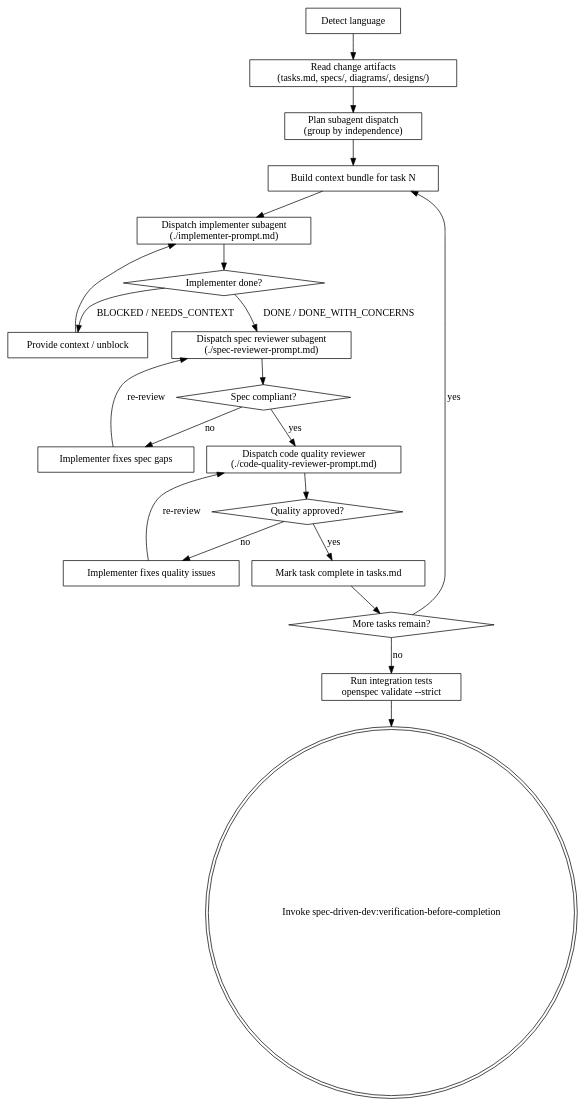
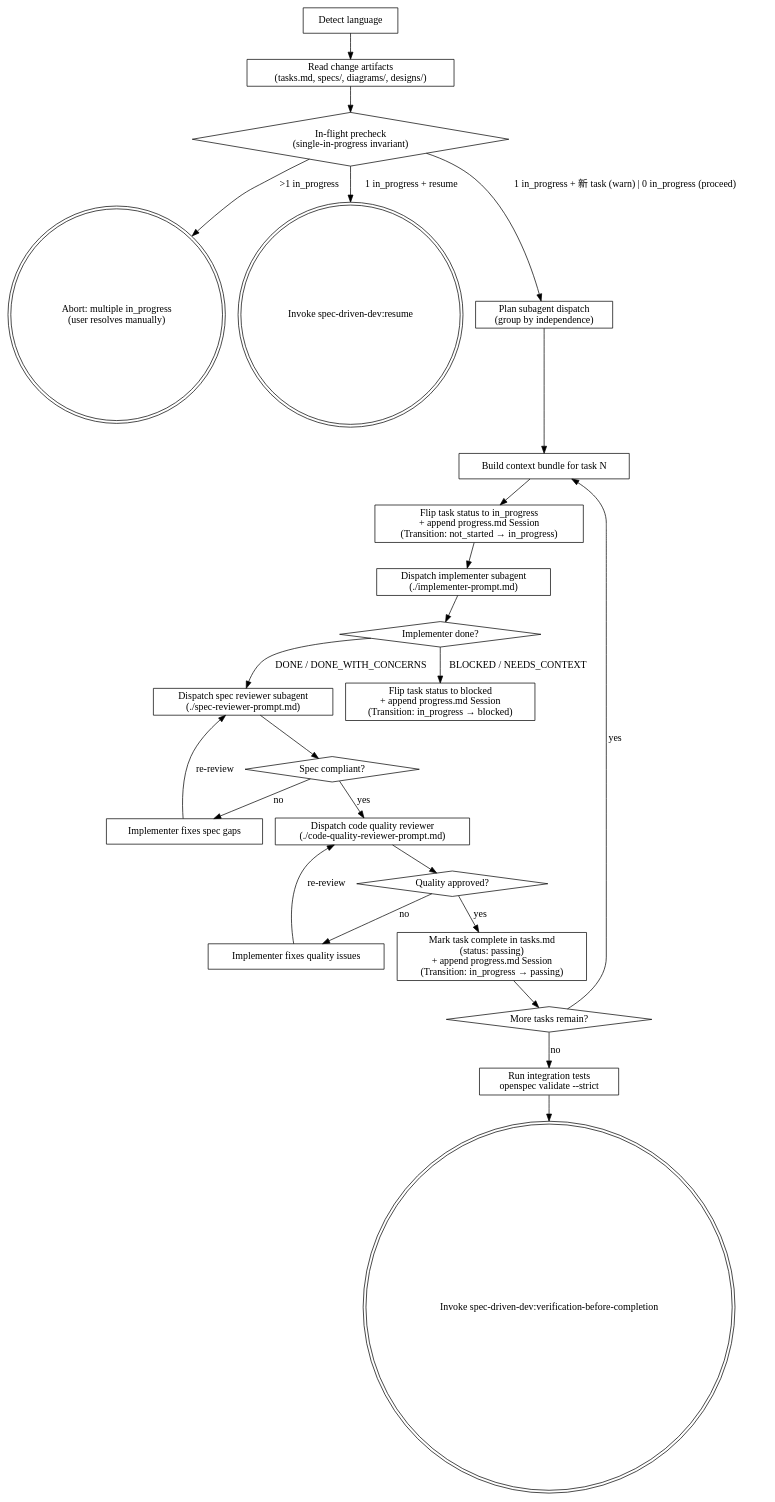
The diagram in plugins/spec-driven-dev/skills/subagent-driven-development/SKILL.md (BIBIOTA/yuki-marketplace), drawn with Graphviz before and after one commit. The commit also changed other lines of this file and 13 other files, not shown here.

Commit message:
feat: add cross-session resume harness

````diff
--- a/plugins/spec-driven-dev/skills/subagent-driven-development/SKILL.md
+++ b/plugins/spec-driven-dev/skills/subagent-driven-development/SKILL.md
@@ -47,44 +54,51 @@
 ```dot
 digraph subagent_driven_development {
     rankdir=TB;
 
     "Detect language" [shape=box];
     "Read change artifacts\n(tasks.md, specs/, diagrams/, designs/)" [shape=box];
+    "In-flight precheck\n(single-in-progress invariant)" [shape=diamond];
+    "Abort: multiple in_progress\n(user resolves manually)" [shape=doublecircle];
+    "Invoke spec-driven-dev:resume" [shape=doublecircle];
     "Plan subagent dispatch\n(group by independence)" [shape=box];
     "Build context bundle for task N" [shape=box];
+    "Flip task status to in_progress\n+ append progress.md Session\n(Transition: not_started → in_progress)" [shape=box];
     "Dispatch implementer subagent\n(./implementer-prompt.md)" [shape=box];
     "Implementer done?" [shape=diamond];
-    "Provide context / unblock" [shape=box];
+    "Flip task status to blocked\n+ append progress.md Session\n(Transition: in_progress → blocked)" [shape=box];
     "Dispatch spec reviewer subagent\n(./spec-reviewer-prompt.md)" [shape=box];
     "Spec compliant?" [shape=diamond];
     "Implementer fixes spec gaps" [shape=box];
     "Dispatch code quality reviewer\n(./code-quality-reviewer-prompt.md)" [shape=box];
     "Quality approved?" [shape=diamond];
     "Implementer fixes quality issues" [shape=box];
-    "Mark task complete in tasks.md" [shape=box];
+    "Mark task complete in tasks.md\n(status: passing)\n+ append progress.md Session\n(Transition: in_progress → passing)" [shape=box];
     "More tasks remain?" [shape=diamond];
     "Run integration tests\nopenspec validate --strict" [shape=box];
     "Invoke spec-driven-dev:verification-before-completion" [shape=doublecircle];
 
     "Detect language" -> "Read change artifacts\n(tasks.md, specs/, diagrams/, designs/)";
-    "Read change artifacts\n(tasks.md, specs/, diagrams/, designs/)" -> "Plan subagent dispatch\n(group by independence)";
+    "Read change artifacts\n(tasks.md, specs/, diagrams/, designs/)" -> "In-flight precheck\n(single-in-progress invariant)";
+    "In-flight precheck\n(single-in-progress invariant)" -> "Abort: multiple in_progress\n(user resolves manually)" [label=">1 in_progress"];
+    "In-flight precheck\n(single-in-progress invariant)" -> "Invoke spec-driven-dev:resume" [label="1 in_progress + resume"];
+    "In-flight precheck\n(single-in-progress invariant)" -> "Plan subagent dispatch\n(group by independence)" [label="1 in_progress + 新 task (warn) | 0 in_progress (proceed)"];
     "Plan subagent dispatch\n(group by independence)" -> "Build context bundle for task N";
-    "Build context bundle for task N" -> "Dispatch implementer subagent\n(./implementer-prompt.md)";
+    "Build context bundle for task N" -> "Flip task status to in_progress\n+ append progress.md Session\n(Transition: not_started → in_progress)";
+    "Flip task status to in_progress\n+ append progress.md Session\n(Transition: not_started → in_progress)" -> "Dispatch implementer subagent\n(./implementer-prompt.md)";
     "Dispatch implementer subagent\n(./implementer-prompt.md)" -> "Implementer done?";
-    "Implementer done?" -> "Provide context / unblock" [label="BLOCKED / NEEDS_CONTEXT"];
-    "Provide context / unblock" -> "Dispatch implementer subagent\n(./implementer-prompt.md)";
+    "Implementer done?" -> "Flip task status to blocked\n+ append progress.md Session\n(Transition: in_progress → blocked)" [label="BLOCKED / NEEDS_CONTEXT"];
     "Implementer done?" -> "Dispatch spec reviewer subagent\n(./spec-reviewer-prompt.md)" [label="DONE / DONE_WITH_CONCERNS"];
     "Dispatch spec reviewer subagent\n(./spec-reviewer-prompt.md)" -> "Spec compliant?";
     "Spec compliant?" -> "Implementer fixes spec gaps" [label="no"];
     "Implementer fixes spec gaps" -> "Dispatch spec reviewer subagent\n(./spec-reviewer-prompt.md)" [label="re-review"];
     "Spec compliant?" -> "Dispatch code quality reviewer\n(./code-quality-reviewer-prompt.md)" [label="yes"];
     "Dispatch code quality reviewer\n(./code-quality-reviewer-prompt.md)" -> "Quality approved?";
     "Quality approved?" -> "Implementer fixes quality issues" [label="no"];
     "Implementer fixes quality issues" -> "Dispatch code quality reviewer\n(./code-quality-reviewer-prompt.md)" [label="re-review"];
-    "Quality approved?" -> "Mark task complete in tasks.md" [label="yes"];
-    "Mark task complete in tasks.md" -> "More tasks remain?";
+    "Quality approved?" -> "Mark task complete in tasks.md\n(status: passing)\n+ append progress.md Session\n(Transition: in_progress → passing)" [label="yes"];
+    "Mark task complete in tasks.md\n(status: passing)\n+ append progress.md Session\n(Transition: in_progress → passing)" -> "More tasks remain?";
     "More tasks remain?" -> "Build context bundle for task N" [label="yes"];
     "More tasks remain?" -> "Run integration tests\nopenspec validate --strict" [label="no"];
     "Run integration tests\nopenspec validate --strict" -> "Invoke spec-driven-dev:verification-before-completion";
 }
 ```
````
